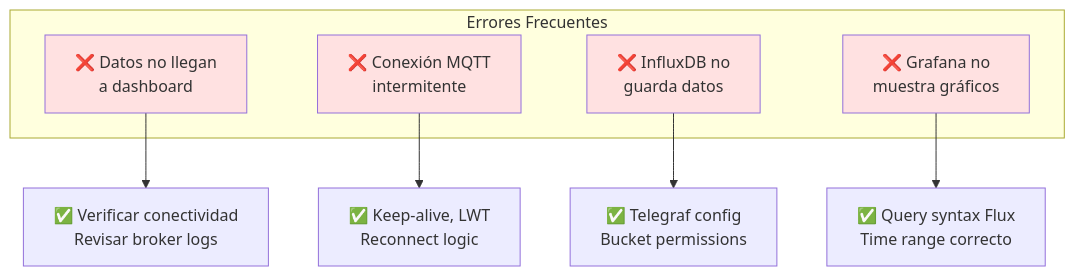
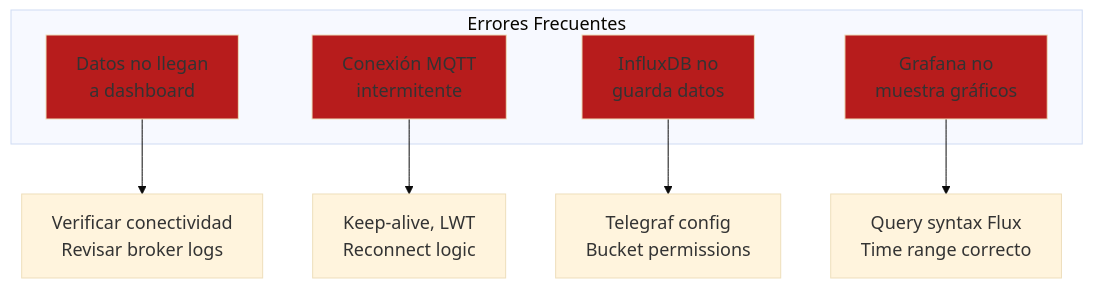
Diagram 14 of 14 in courses/🟡-development/FPUNA-2026/02-ELECTRONICA-AUTOMATIZACION/05-iot-visualizacion-datos.md (Ai-Whisperers/Courses-Content), drawn with Mermaid before and after one commit. The commit also changed other lines of this file and 47 other files, not shown here.

First line of the commit message:
fix: Make all 473 diagrams WCAG AAA accessible (FPUNA-2026)

````diff
--- a/courses/🟡-development/FPUNA-2026/02-ELECTRONICA-AUTOMATIZACION/05-iot-visualizacion-datos.md
+++ b/courses/🟡-development/FPUNA-2026/02-ELECTRONICA-AUTOMATIZACION/05-iot-visualizacion-datos.md
@@ -1180,19 +1193,20 @@
 ```mermaid
+%%{init: {'theme':'base', 'themeVariables': {'fontSize':'18px'}}}%%
 graph TD
     subgraph "Errores Frecuentes"
-        A[❌ Datos no llegan<br/>a dashboard]
-        B[❌ Conexión MQTT<br/>intermitente]
-        C[❌ InfluxDB no<br/>guarda datos]
-        D[❌ Grafana no<br/>muestra gráficos]
+        A[Datos no llegan<br/>a dashboard]
+        B[Conexión MQTT<br/>intermitente]
+        C[InfluxDB no<br/>guarda datos]
+        D[Grafana no<br/>muestra gráficos]
     end
     
-    A --> A1[✅ Verificar conectividad<br/>Revisar broker logs]
-    B --> B1[✅ Keep-alive, LWT<br/>Reconnect logic]
-    C --> C1[✅ Telegraf config<br/>Bucket permissions]
-    D --> D1[✅ Query syntax Flux<br/>Time range correcto]
+    A --> A1[Verificar conectividad<br/>Revisar broker logs]
+    B --> B1[Keep-alive, LWT<br/>Reconnect logic]
+    C --> C1[Telegraf config<br/>Bucket permissions]
+    D --> D1[Query syntax Flux<br/>Time range correcto]
     
-    style A fill:#FFE1E1
-    style B fill:#FFE1E1
-    style C fill:#FFE1E1
-    style D fill:#FFE1E1
+    style A fill:#b71c1c
+    style B fill:#b71c1c
+    style C fill:#b71c1c
+    style D fill:#b71c1c
 ```
````
